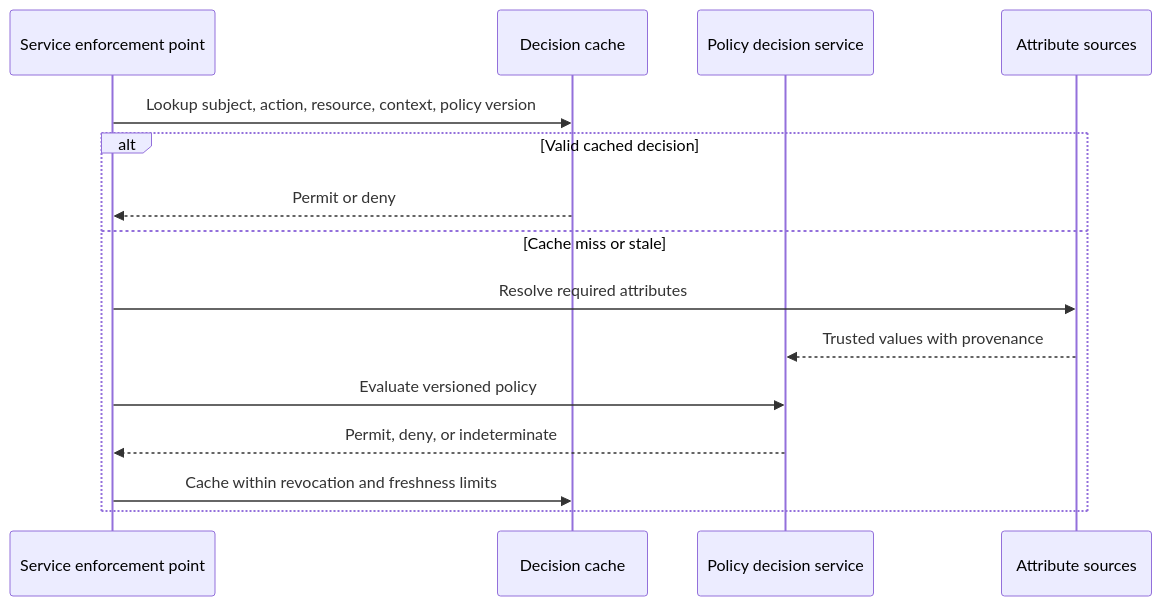
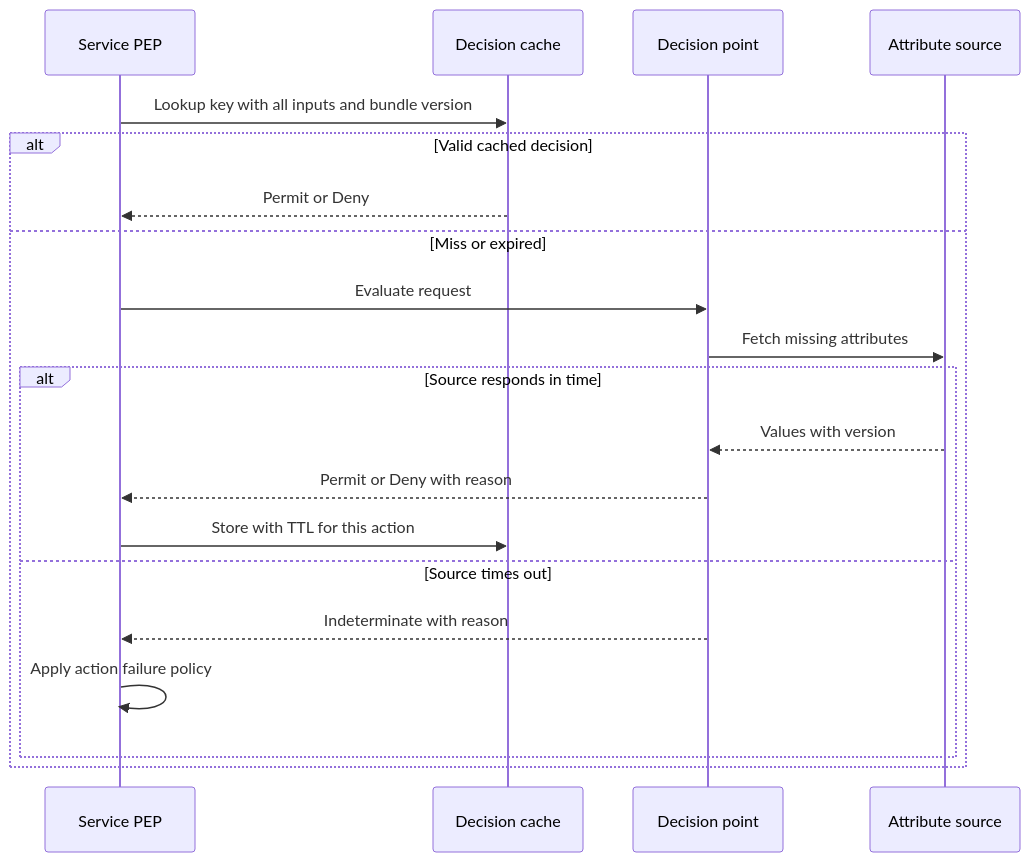
One commit to joydasss/Architect changed the eighth of 14 diagrams in 15_Security/CH05_ABAC.md. Above: the diagram before and after it, drawn with Mermaid. The commit also changed other lines of this file and 295 other files, not shown here.

````diff
--- a/15_Security/CH05_ABAC.md
+++ b/15_Security/CH05_ABAC.md
@@ -64,17 +567,22 @@
 ```mermaid
 sequenceDiagram
-    participant PEP as Service enforcement point
+    participant PEP as Service PEP
     participant Cache as Decision cache
-    participant PDP as Policy decision service
-    participant Attr as Attribute sources
-    PEP->>Cache: Lookup subject, action, resource, context, policy version
+    participant PDP as Decision point
+    participant Src as Attribute source
+    PEP->>Cache: Lookup key with all inputs and bundle version
     alt Valid cached decision
-        Cache-->>PEP: Permit or deny
-    else Cache miss or stale
-        PEP->>Attr: Resolve required attributes
-        Attr-->>PDP: Trusted values with provenance
-        PEP->>PDP: Evaluate versioned policy
-        PDP-->>PEP: Permit, deny, or indeterminate
-        PEP->>Cache: Cache within revocation and freshness limits
+        Cache-->>PEP: Permit or Deny
+    else Miss or expired
+        PEP->>PDP: Evaluate request
+        PDP->>Src: Fetch missing attributes
+        alt Source responds in time
+            Src-->>PDP: Values with version
+            PDP-->>PEP: Permit or Deny with reason
+            PEP->>Cache: Store with TTL for this action
+        else Source times out
+            PDP-->>PEP: Indeterminate with reason
+            PEP->>PEP: Apply action failure policy
+        end
     end
 ```
````
